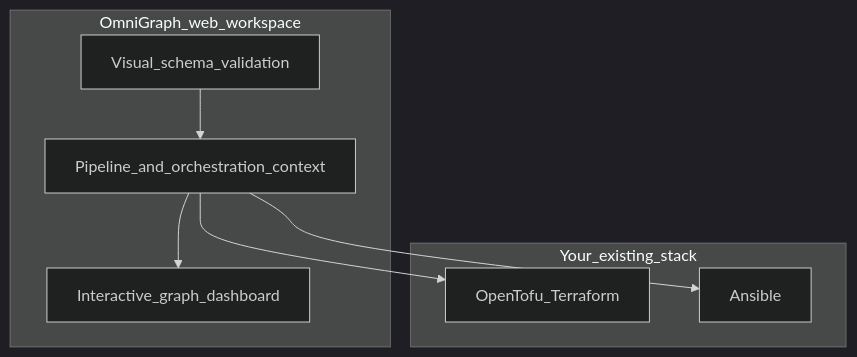
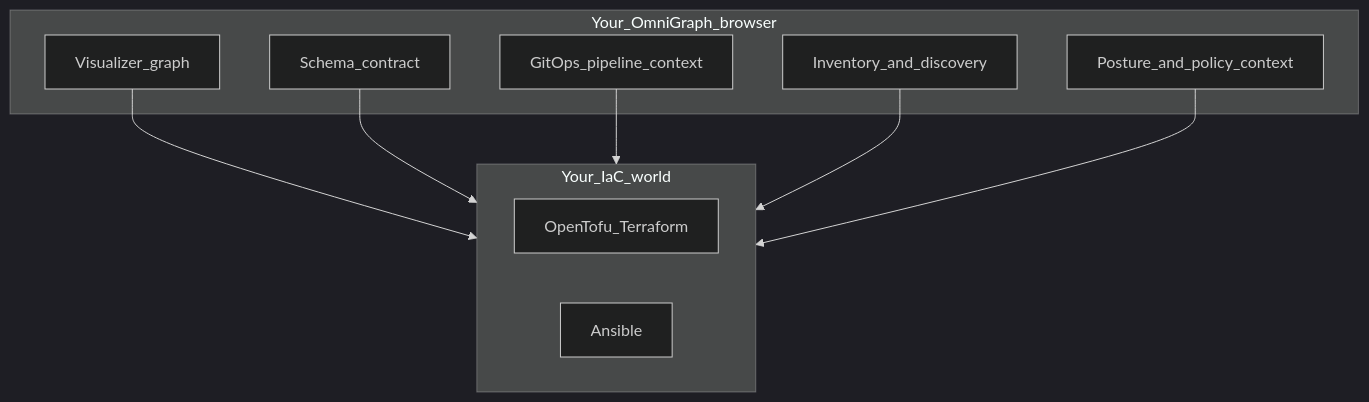
The diagram in README.md (kennetholsenatm-gif/OmniGraph), drawn with Mermaid (dark theme) before and after one commit. The commit also changed other lines of this file and 2 other files, not shown here.

First line of the commit message:
docs: web-first README; align wiki and product philosophy

````diff
--- a/README.md
+++ b/README.md
@@ -9,16 +9,19 @@
 ```mermaid
 flowchart TB
-  subgraph og [OmniGraph_web_workspace]
-    V[Visual_schema_validation]
-    P[Pipeline_and_orchestration_context]
-    E[Interactive_graph_dashboard]
+  subgraph og [Your_OmniGraph_browser]
+    V[Visualizer_graph]
+    S[Schema_contract]
+    P[GitOps_pipeline_context]
+    I[Inventory_and_discovery]
+    U[Posture_and_policy_context]
   end
-  subgraph yours [Your_existing_stack]
+  subgraph stack [Your_IaC_world]
     TF[OpenTofu_Terraform]
     AN[Ansible]
   end
-  V --> P
-  P --> TF
-  P --> AN
-  P --> E
+  V --> stack
+  S --> stack
+  P --> stack
+  I --> stack
+  U --> stack
 ```
````
